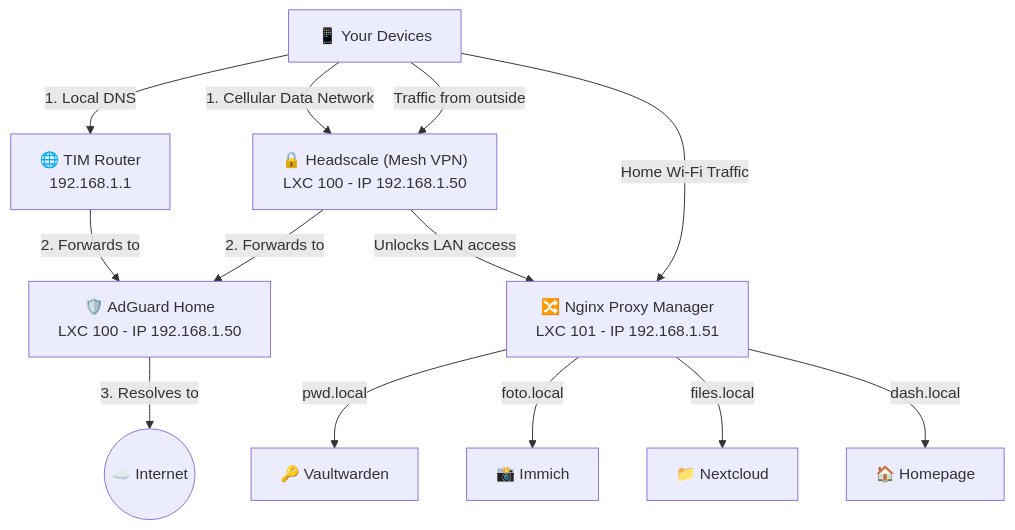
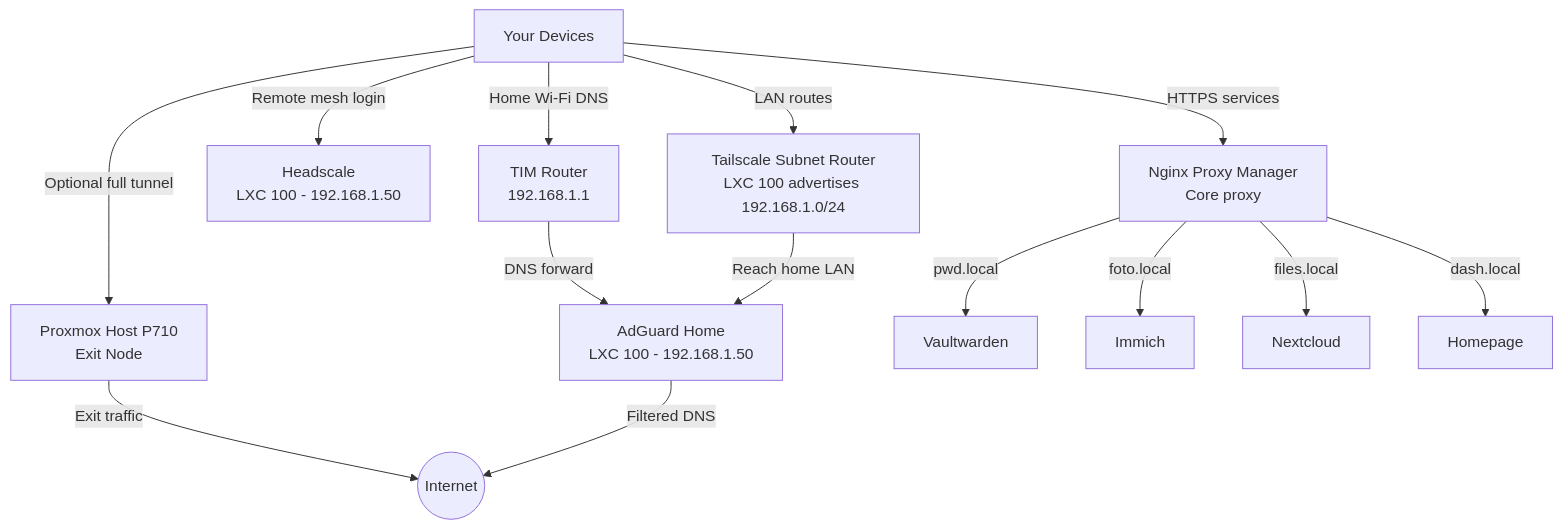
Before and after one commit to Mohamed-DN/Sovereign-Homelab: the diagram in README.md, drawn with Mermaid. The commit also changed other lines of this file and 4 other files, not shown here.

Commit message:
docs: add proxmox tailscale exit node runbook

````diff
--- a/README.md
+++ b/README.md
@@ -37,32 +39,27 @@
 ```mermaid
 graph TD
-    %% External Nodes
-    User["📱 Your Devices"]
-    Router["🌐 TIM Router<br>192.168.1.1"]
-    Internet(("☁️ Internet"))
+    User["Your Devices"]
+    Router["TIM Router<br>192.168.1.1"]
+    Internet(("Internet"))
 
-    %% LXC 100
-    DNS["🛡️ AdGuard Home<br>LXC 100 - IP 192.168.1.50"]
-    VPN["🔒 Headscale (Mesh VPN)<br>LXC 100 - IP 192.168.1.50"]
-    
-    %% LXC 101
-    Proxy["🔀 Nginx Proxy Manager<br>LXC 101 - IP 192.168.1.51"]
+    Proxmox["Proxmox Host P710<br>Exit Node"]
+    DNS["AdGuard Home<br>LXC 100 - 192.168.1.50"]
+    Headscale["Headscale<br>LXC 100 - 192.168.1.50"]
+    Subnet["Tailscale Subnet Router<br>LXC 100 advertises 192.168.1.0/24"]
+    Proxy["Nginx Proxy Manager<br>Core proxy"]
 
-    %% DNS Flow
-    User -->|1. Local DNS| Router
-    User -->|1. Cellular Data Network| VPN
-    Router -->|2. Forwards to| DNS
-    VPN -->|2. Forwards to| DNS
-    DNS -->|3. Resolves to| Internet
+    User -->|Home Wi-Fi DNS| Router
+    Router -->|DNS forward| DNS
+    User -->|Remote mesh login| Headscale
+    User -->|LAN routes| Subnet
+    User -->|Optional full tunnel| Proxmox
+    Subnet -->|Reach home LAN| DNS
+    Proxmox -->|Exit traffic| Internet
+    DNS -->|Filtered DNS| Internet
+    User -->|HTTPS services| Proxy
 
-    %% Data Flow
-    User -->|Traffic from outside| VPN
-    VPN -->|Unlocks LAN access| Proxy
-    User -->|Home Wi-Fi Traffic| Proxy
-
-    %% Services in LXC 101
-    Proxy -->|pwd.local| V["🔑 Vaultwarden"]
-    Proxy -->|foto.local| I["📸 Immich"]
-    Proxy -->|files.local| N["📁 Nextcloud"]
-    Proxy -->|dash.local| H["🏠 Homepage"]
+    Proxy -->|pwd.local| V["Vaultwarden"]
+    Proxy -->|foto.local| I["Immich"]
+    Proxy -->|files.local| N["Nextcloud"]
+    Proxy -->|dash.local| H["Homepage"]
 ```
````
